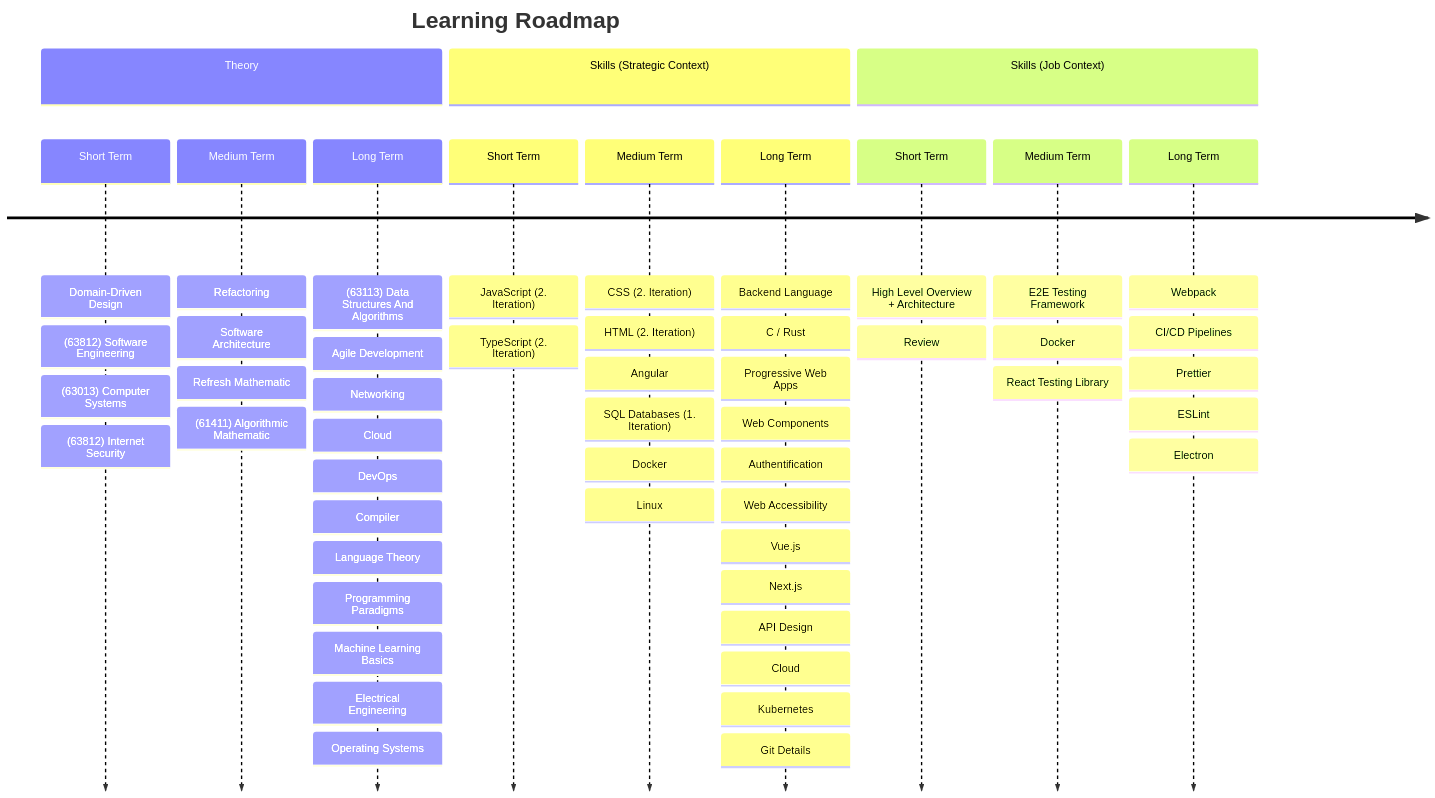
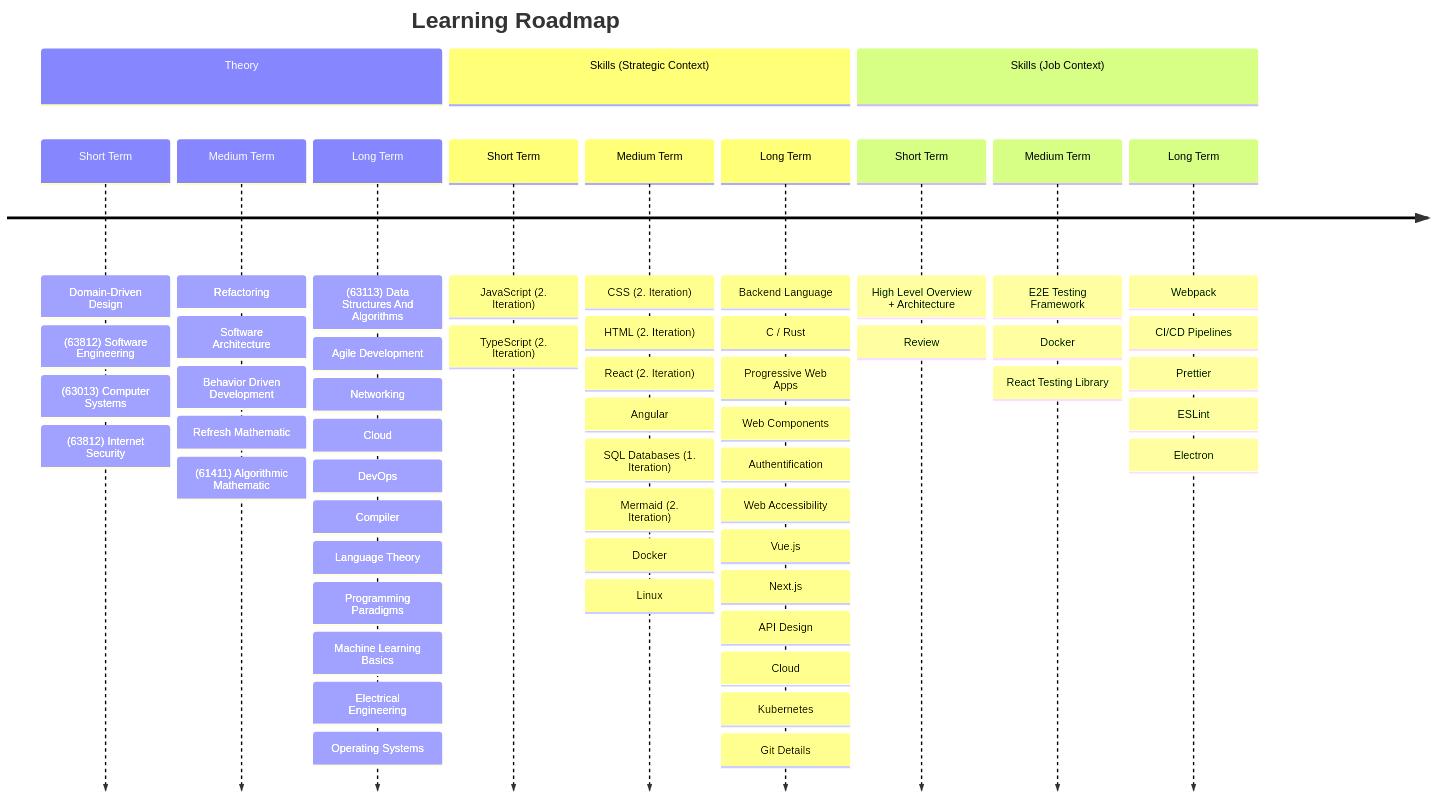
One commit to lcov29/knowledgeBase changed the second of 2 diagrams in README.md. Above: the diagram before and after it, drawn with Mermaid.

Commit message:
add topics to the learning roadmap

````diff
--- a/README.md
+++ b/README.md
@@ -91,56 +91,59 @@
 ```mermaid
 timeline
    title Learning Roadmap
    section Theory
       Short Term: Domain-Driven Design 
                 : (63812) Software Engineering
                 : (63013) Computer Systems
                 : (63812) Internet Security
       Medium Term: Refactoring
                  : Software Architecture
+                 : Behavior Driven Development
                  : Refresh Mathematic
                  : (61411) Algorithmic Mathematic
       Long Term: (63113) Data Structures And Algorithms
                : Agile Development
                : Networking
                : Cloud
                : DevOps
                : Compiler
                : Language Theory
                : Programming Paradigms
                : Machine Learning Basics
                : Electrical Engineering
                : Operating Systems
    section Skills (Strategic Context)
       Short Term: JavaScript (2. Iteration)
                 : TypeScript (2. Iteration)
       Medium Term: CSS (2. Iteration)
                  : HTML (2. Iteration)
+                 : React (2. Iteration)
                  : Angular
                  : SQL Databases (1. Iteration)
+                 : Mermaid (2. Iteration)
                  : Docker
                  : Linux
       Long Term: Backend Language
                : C / Rust
                : Progressive Web Apps
                : Web Components
                : Authentification
                : Web Accessibility
                : Vue.js
                : Next.js
                : API Design
                : Cloud
                : Kubernetes
                : Git Details
    section Skills (Job Context)
       Short Term: High Level Overview + Architecture
                 : Review
       Medium Term: E2E Testing Framework
                  : Docker
                  : React Testing Library
       Long Term: Webpack
                : CI/CD Pipelines
                : Prettier
                : ESLint
                : Electron
 ```
````
